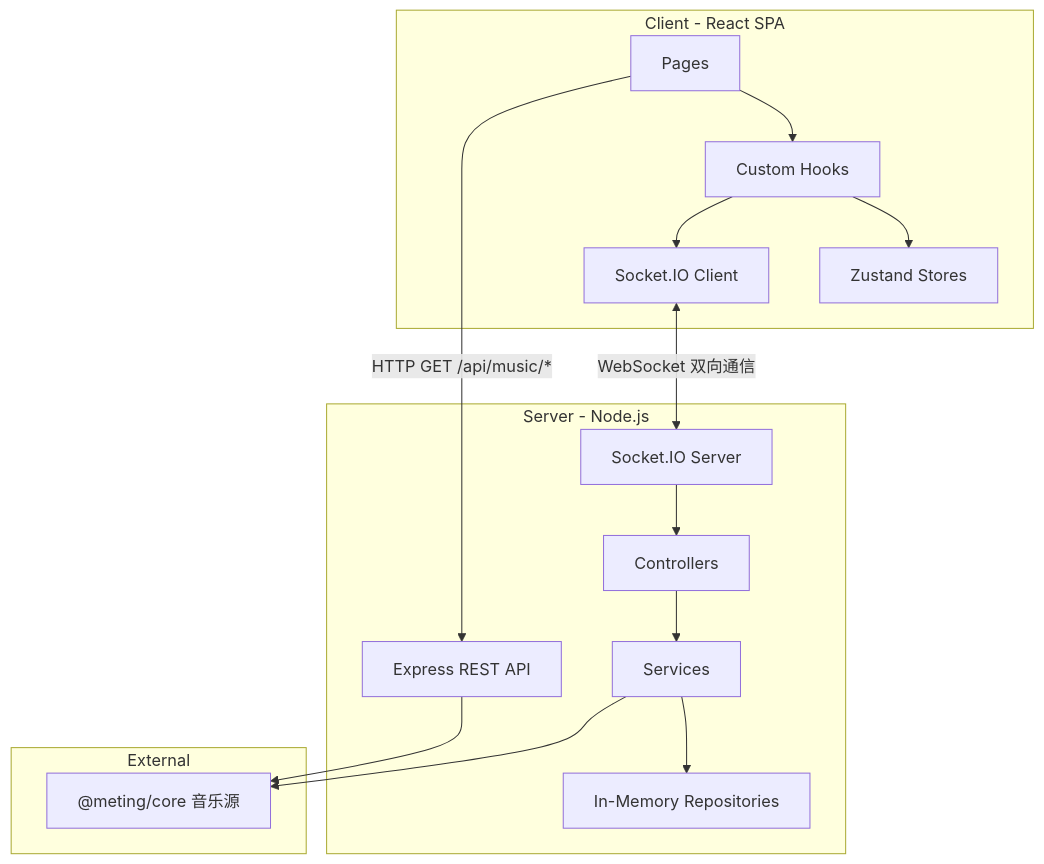
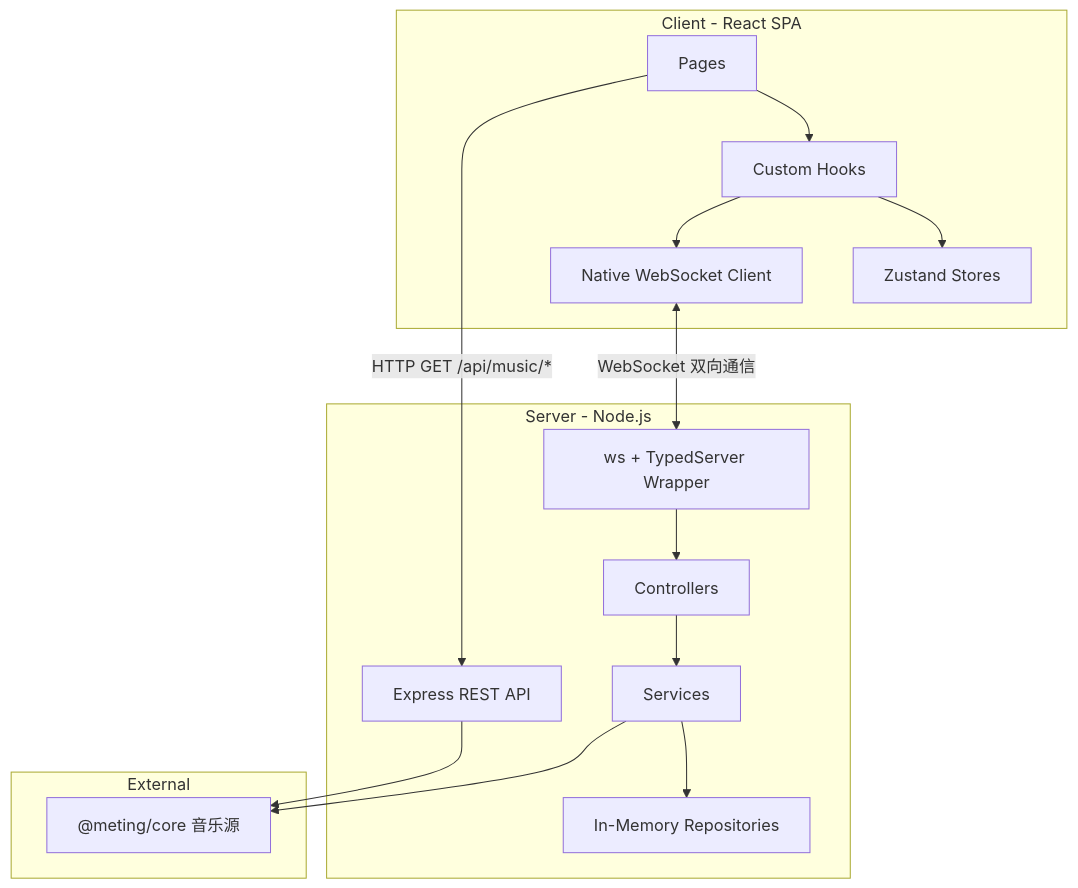
One commit to LiuYunLingNai/music-together changed the diagram in docs/architecture/data-flow.md. Above: the diagram before and after it, drawn with Mermaid. The commit also changed other lines of this file and 86 other files, not shown here.

````diff
--- a/docs/architecture/data-flow.md
+++ b/docs/architecture/data-flow.md
@@ -5,34 +5,34 @@
 ```mermaid
 graph TB
   subgraph client [Client - React SPA]
     Pages[Pages]
     Hooks[Custom Hooks]
     Stores[Zustand Stores]
-    SocketClient[Socket.IO Client]
+    SocketClient[Native WebSocket Client]
   end
 
   subgraph server [Server - Node.js]
     Express[Express REST API]
-    SocketServer[Socket.IO Server]
+    SocketServer[ws + TypedServer Wrapper]
     Controllers[Controllers]
     Services[Services]
     Repos[In-Memory Repositories]
   end
 
   subgraph external [External]
     Meting["@meting/core 音乐源"]
   end
 
   Pages --> Hooks
   Hooks --> Stores
   Hooks --> SocketClient
 
   SocketClient <-->|"WebSocket 双向通信"| SocketServer
   Pages -->|"HTTP GET /api/music/*"| Express
 
   SocketServer --> Controllers
   Controllers --> Services
   Services --> Repos
   Express --> Meting
   Services --> Meting
 ```
````
